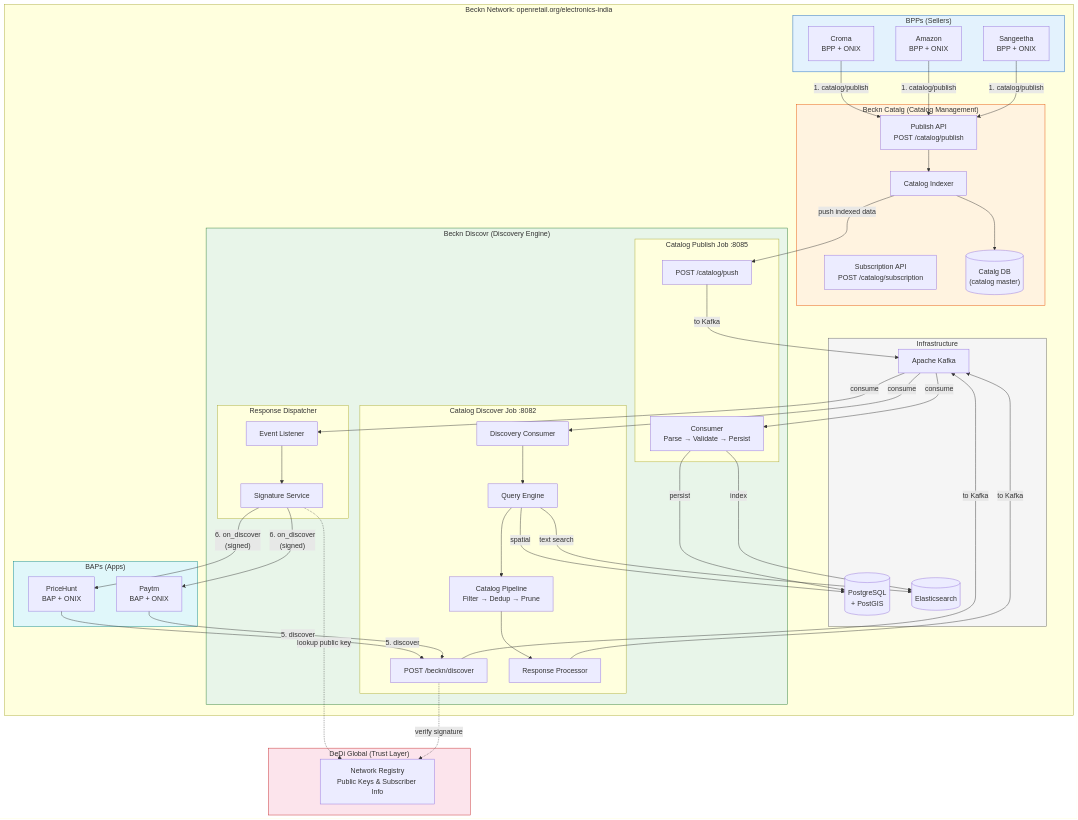
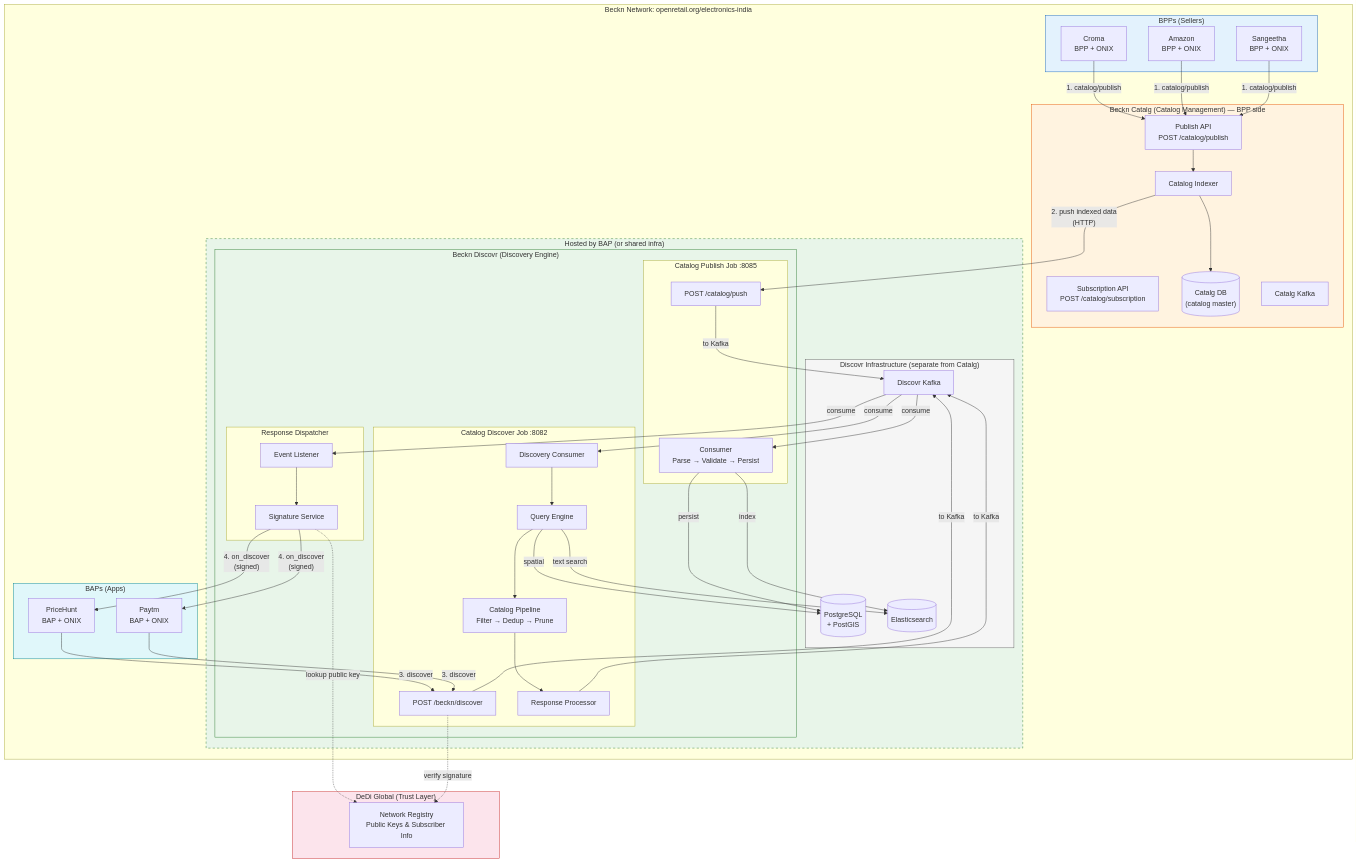
The first of 6 diagrams in docs/catalog-discover-architecture.md (beckn/beckn-discovr), drawn with Mermaid before and after one commit. The commit also changed other lines of this file, not shown here.

Commit message:
docs: separate Catalg and Discovr infra in architecture diagrams
Clarify that Catalg and Discovr have independent infrastructure.
Show Discovr as BAP-hostable with dashed boundary. Add hosting
options table (self-host, shared infra, NFO-provided).

````diff
--- a/docs/catalog-discover-architecture.md
+++ b/docs/catalog-discover-architecture.md
@@ -12,37 +15,40 @@
             SANG["Sangeetha<br/>BPP + ONIX"]
         end
 
-        subgraph CATALG["Beckn Catalg (Catalog Management)"]
+        subgraph CATALG["Beckn Catalg (Catalog Management) — BPP side"]
             PUBAPI["Publish API<br/>POST /catalog/publish"]
             SUBAPI["Subscription API<br/>POST /catalog/subscription"]
             INDEXER["Catalog Indexer"]
             CATDB[("Catalg DB<br/>(catalog master)")]
+            CATKAFKA["Catalg Kafka"]
         end
 
-        subgraph DISCOVR["Beckn Discovr (Discovery Engine)"]
-            subgraph PUBLISH_JOB["Catalog Publish Job :8085"]
-                PUSH["POST /catalog/push"]
-                PUBCONSUMER["Consumer<br/>Parse → Validate → Persist"]
+        subgraph BAP_HOSTED["Hosted by BAP (or shared infra)"]
+            subgraph DISCOVR["Beckn Discovr (Discovery Engine)"]
+                subgraph PUBLISH_JOB["Catalog Publish Job :8085"]
+                    PUSH["POST /catalog/push"]
+                    PUBCONSUMER["Consumer<br/>Parse → Validate → Persist"]
+                end
+
+                subgraph DISCOVER_JOB["Catalog Discover Job :8082"]
+                    DISCAPI["POST /beckn/discover"]
+                    DISCONSUMER["Discovery Consumer"]
+                    QE["Query Engine"]
+                    PIPELINE["Catalog Pipeline<br/>Filter → Dedup → Prune"]
+                    RESP["Response Processor"]
+                end
+
+                subgraph DISPATCHER["Response Dispatcher"]
+                    LISTENER["Event Listener"]
+                    SIGNER["Signature Service"]
+                end
             end
 
-            subgraph DISCOVER_JOB["Catalog Discover Job :8082"]
-                DISCAPI["POST /beckn/discover"]
-                DISCONSUMER["Discovery Consumer"]
-                QE["Query Engine"]
-                PIPELINE["Catalog Pipeline<br/>Filter → Dedup → Prune"]
-                RESP["Response Processor"]
+            subgraph DISCOVR_INFRA["Discovr Infrastructure (separate from Catalg)"]
+                DKAFKA["Discovr Kafka"]
+                PG[("PostgreSQL<br/>+ PostGIS")]
+                ES[("Elasticsearch")]
             end
-
-            subgraph DISPATCHER["Response Dispatcher"]
-                LISTENER["Event Listener"]
-                SIGNER["Signature Service"]
-            end
-        end
-
-        subgraph INFRA["Infrastructure"]
-            KAFKA["Apache Kafka"]
-            PG[("PostgreSQL<br/>+ PostGIS")]
-            ES[("Elasticsearch")]
         end
 
         subgraph BAPS["BAPs (Apps)"]
@@ -56,37 +62,40 @@
         REG["Network Registry<br/>Public Keys & Subscriber Info"]
     end
 
-    %% Publish flow
+    %% Publish flow — BPP to Catalg
     CROMA -->|"1. catalog/publish"| PUBAPI
     AMAZON -->|"1. catalog/publish"| PUBAPI
     SANG -->|"1. catalog/publish"| PUBAPI
 
     PUBAPI --> INDEXER
     INDEXER --> CATDB
-    INDEXER -->|"push indexed data"| PUSH
 
-    PUSH -->|"to Kafka"| KAFKA
-    KAFKA -->|"consume"| PUBCONSUMER
+    %% Catalg pushes to Discovr (cross-system boundary)
+    INDEXER -->|"2. push indexed data<br/>(HTTP)"| PUSH
+
+    %% Discovr internal flow
+    PUSH -->|"to Kafka"| DKAFKA
+    DKAFKA -->|"consume"| PUBCONSUMER
     PUBCONSUMER -->|"index"| ES
     PUBCONSUMER -->|"persist"| PG
 
     %% Discover flow
-    PRICE -->|"5. discover"| DISCAPI
-    PAYTM -->|"5. discover"| DISCAPI
-    DISCAPI -->|"to Kafka"| KAFKA
-    KAFKA -->|"consume"| DISCONSUMER
+    PRICE -->|"3. discover"| DISCAPI
+    PAYTM -->|"3. discover"| DISCAPI
+    DISCAPI -->|"to Kafka"| DKAFKA
+    DKAFKA -->|"consume"| DISCONSUMER
     DISCONSUMER --> QE
     QE -->|"spatial"| PG
     QE -->|"text search"| ES
     QE --> PIPELINE
     PIPELINE --> RESP
-    RESP -->|"to Kafka"| KAFKA
+    RESP -->|"to Kafka"| DKAFKA
 
     %% Response dispatch
-    KAFKA -->|"consume"| LISTENER
+    DKAFKA -->|"consume"| LISTENER
     LISTENER --> SIGNER
-    SIGNER -->|"6. on_discover<br/>(signed)"| PRICE
-    SIGNER -->|"6. on_discover<br/>(signed)"| PAYTM
+    SIGNER -->|"4. on_discover<br/>(signed)"| PRICE
+    SIGNER -->|"4. on_discover<br/>(signed)"| PAYTM
 
     %% Trust layer
     SIGNER -.->|"lookup public key"| REG
@@ -96,6 +105,7 @@
     style BAPS fill:#e0f7fa,stroke:#00838f
     style CATALG fill:#fff3e0,stroke:#e65100
     style DISCOVR fill:#e8f5e9,stroke:#2e7d32
-    style INFRA fill:#f5f5f5,stroke:#616161
+    style DISCOVR_INFRA fill:#f5f5f5,stroke:#616161
+    style BAP_HOSTED fill:#e8f5e9,stroke:#2e7d32,stroke-dasharray: 5 5
     style DEDI fill:#fce4ec,stroke:#c62828
 ```
````
